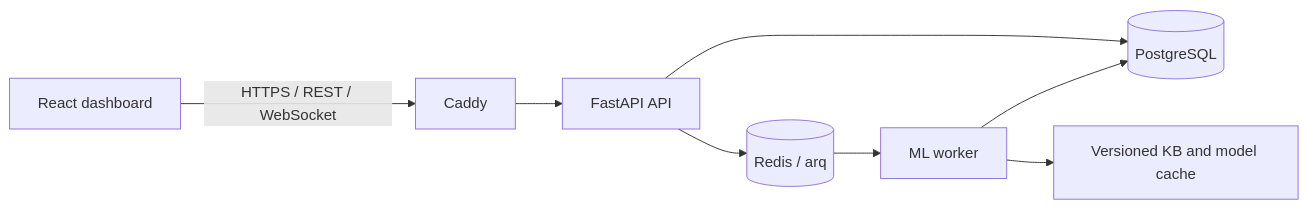
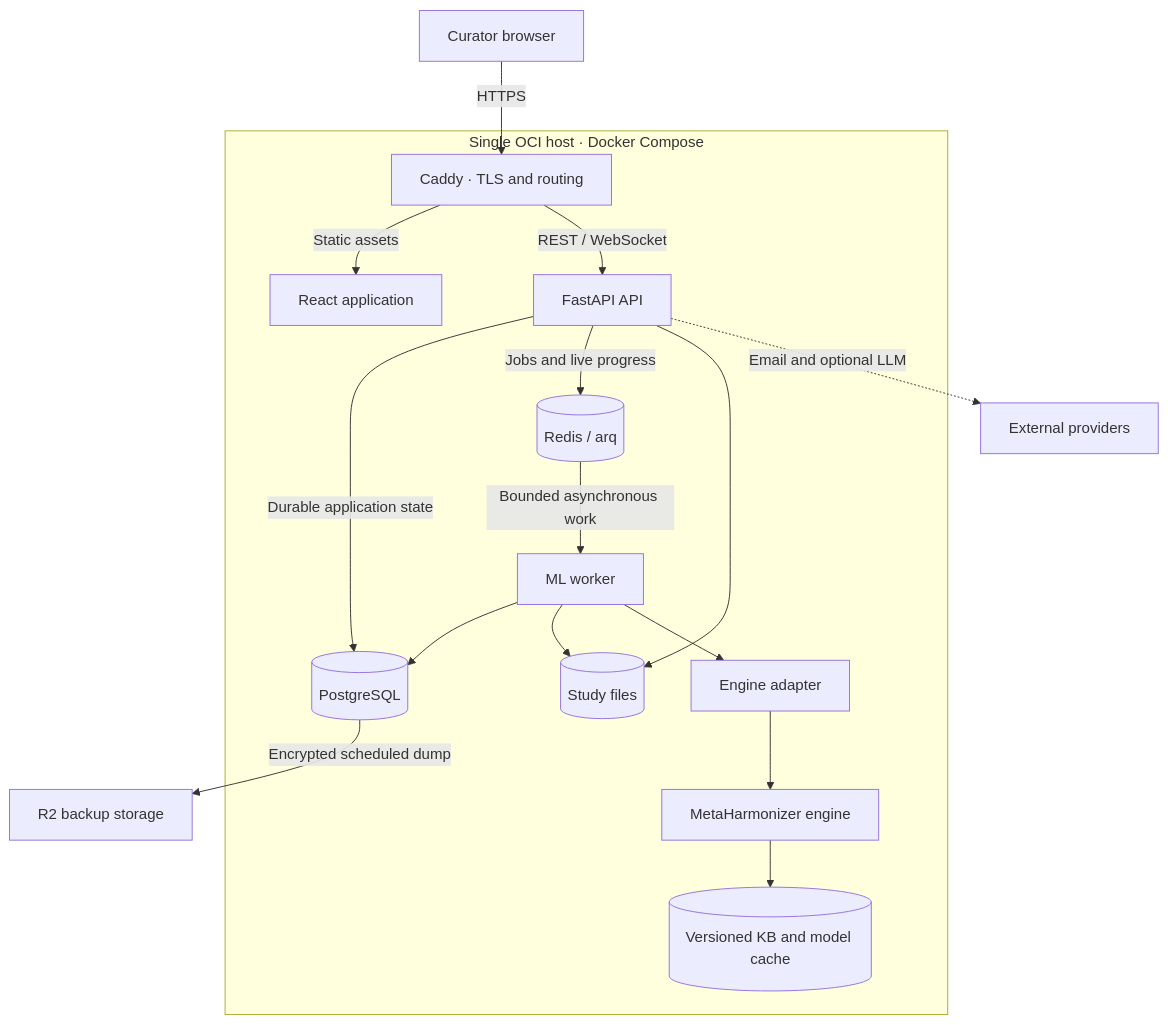
The diagram in README.md (AhmedOsamaAli/metaHarmonizer), drawn with Mermaid before and after one commit. The commit also changed other lines of this file, not shown here.

Commit message:
Document verified runtime architecture
Expand the README architecture section to show the deployed host boundary, queued ML execution, state ownership, engine adapter, external providers, backups, and current availability limitation.

````diff
--- a/README.md
+++ b/README.md
@@ -30,10 +30,30 @@
 ```mermaid
-flowchart LR
-    Browser[React dashboard] -->|HTTPS / REST / WebSocket| Caddy
-    Caddy --> API[FastAPI API]
-    API --> PostgreSQL[(PostgreSQL)]
-    API --> Redis[(Redis / arq)]
-    Redis --> Worker[ML worker]
-    Worker --> PostgreSQL
-    Worker --> KB[Versioned KB and model cache]
+flowchart TB
+    Curator[Curator browser] -->|HTTPS| Edge
+
+    subgraph Host[Single OCI host · Docker Compose]
+        Edge[Caddy · TLS and routing]
+        SPA[React application]
+        API[FastAPI API]
+        Queue[(Redis / arq)]
+        Worker[ML worker]
+        DB[(PostgreSQL)]
+        Files[(Study files)]
+        Adapter[Engine adapter]
+        Engine[MetaHarmonizer engine]
+        KB[(Versioned KB and model cache)]
+
+        Edge -->|Static assets| SPA
+        Edge -->|REST / WebSocket| API
+        API -->|Durable application state| DB
+        API -->|Jobs and live progress| Queue
+        API --> Files
+        Queue -->|Bounded asynchronous work| Worker
+        Worker --> DB
+        Worker --> Files
+        Worker --> Adapter --> Engine --> KB
+    end
+
+    API -.->|Email and optional LLM| Providers[External providers]
+    DB -->|Encrypted scheduled dump| Backup[R2 backup storage]
 ```
````
